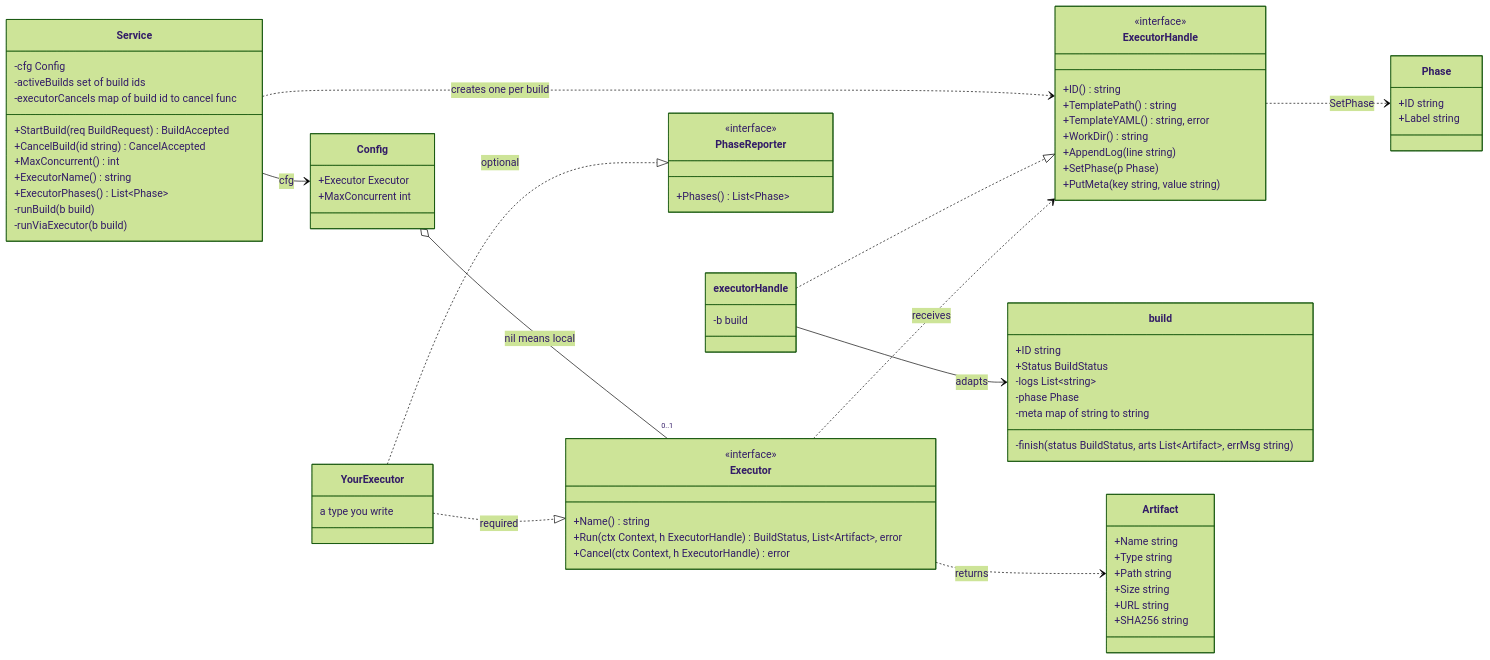
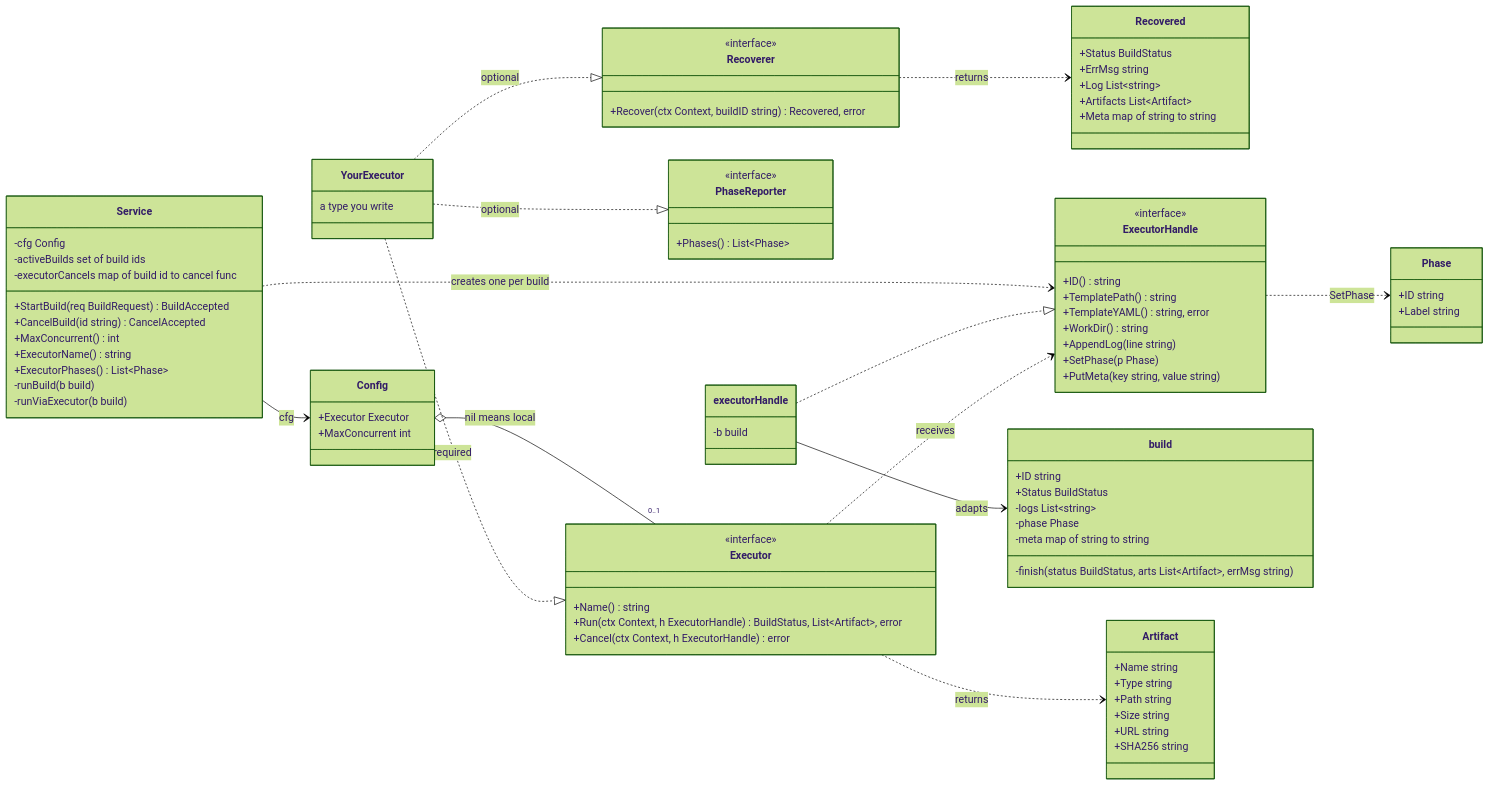
One commit to open-edge-platform/image-composer-tool changed the second of 5 diagrams in docs/user-guide/architecture/web-ui-build-executors.md. Above: the diagram before and after it, drawn with Mermaid (forest theme). The commit also changed other lines of this file and 4 other files, not shown here.

First line of the commit message:
feat(api): recover executor builds after a restart

````diff
--- a/docs/user-guide/architecture/web-ui-build-executors.md
+++ b/docs/user-guide/architecture/web-ui-build-executors.md
@@ -70,6 +70,19 @@
     class PhaseReporter {
         <<interface>>
         +Phases() List~Phase~
+    }
+
+    class Recoverer {
+        <<interface>>
+        +Recover(ctx Context, buildID string) Recovered, error
+    }
+
+    class Recovered {
+        +Status BuildStatus
+        +ErrMsg string
+        +Log List~string~
+        +Artifacts List~Artifact~
+        +Meta map of string to string
     }
 
     class ExecutorHandle {
@@ -124,4 +137,6 @@
     ExecutorHandle ..> Phase : SetPhase
     YourExecutor ..|> Executor : required
     YourExecutor ..|> PhaseReporter : optional
+    YourExecutor ..|> Recoverer : optional
+    Recoverer ..> Recovered : returns
 ```
````
